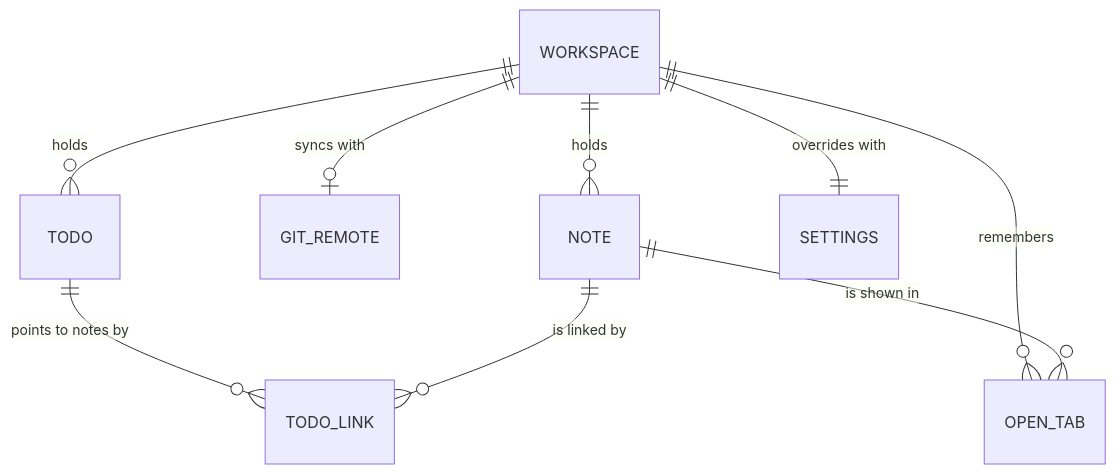
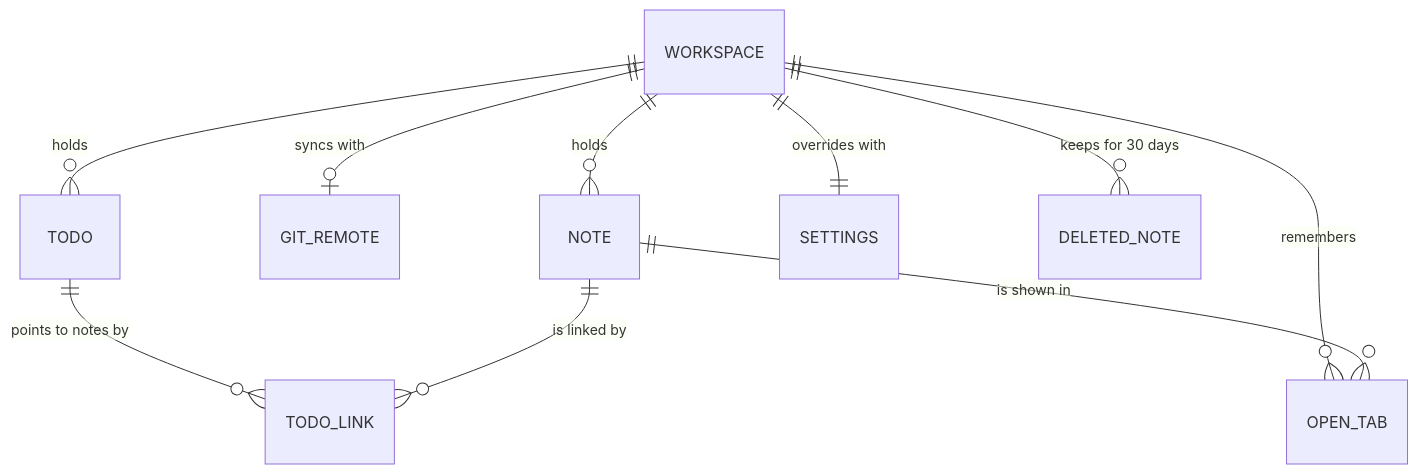
The diagram in docs/entity_model.md (Florian-Hoehne/underline), drawn with Mermaid before and after one commit. The commit also changed other lines of this file and 3 other files, not shown here.

````diff
--- a/docs/entity_model.md
+++ b/docs/entity_model.md
@@ -8,11 +8,12 @@
 ```mermaid
 erDiagram
     WORKSPACE ||--o{ NOTE : "holds"
     WORKSPACE ||--o| GIT_REMOTE : "syncs with"
     WORKSPACE ||--o{ TODO : "holds"
     WORKSPACE ||--|| SETTINGS : "overrides with"
     TODO ||--o{ TODO_LINK : "points to notes by"
     NOTE ||--o{ TODO_LINK : "is linked by"
     WORKSPACE ||--o{ OPEN_TAB : "remembers"
     NOTE ||--o{ OPEN_TAB : "is shown in"
+    WORKSPACE ||--o{ DELETED_NOTE : "keeps for 30 days"
 ```
````
